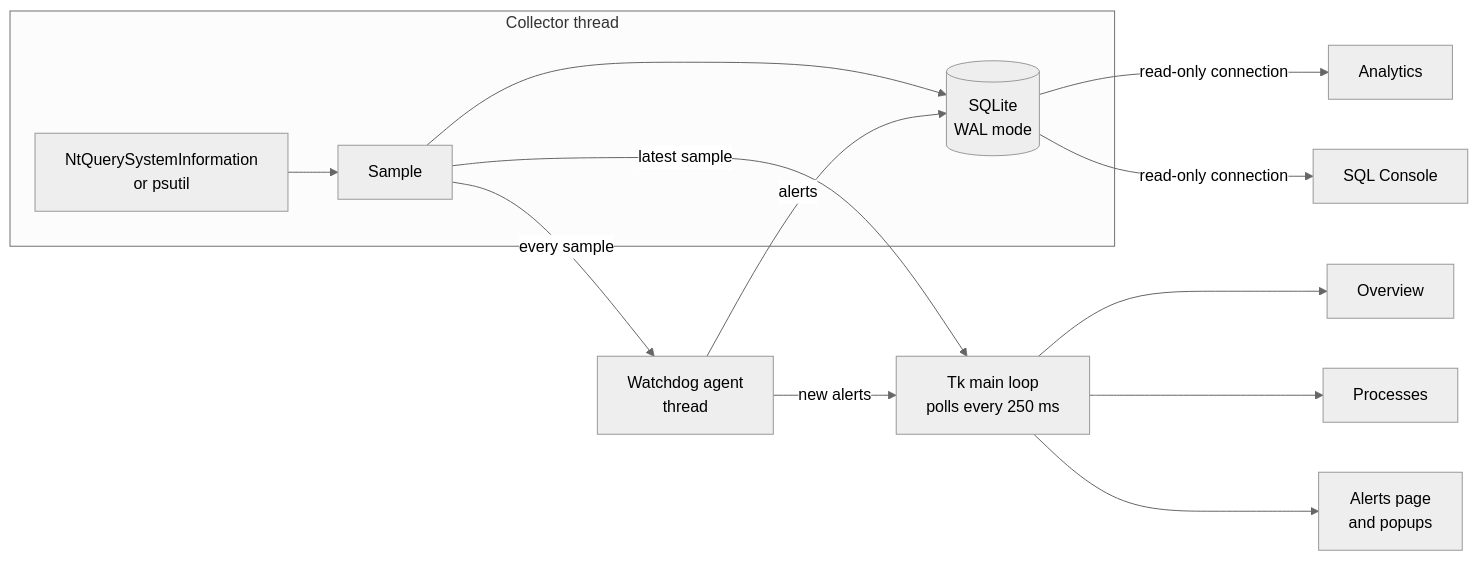
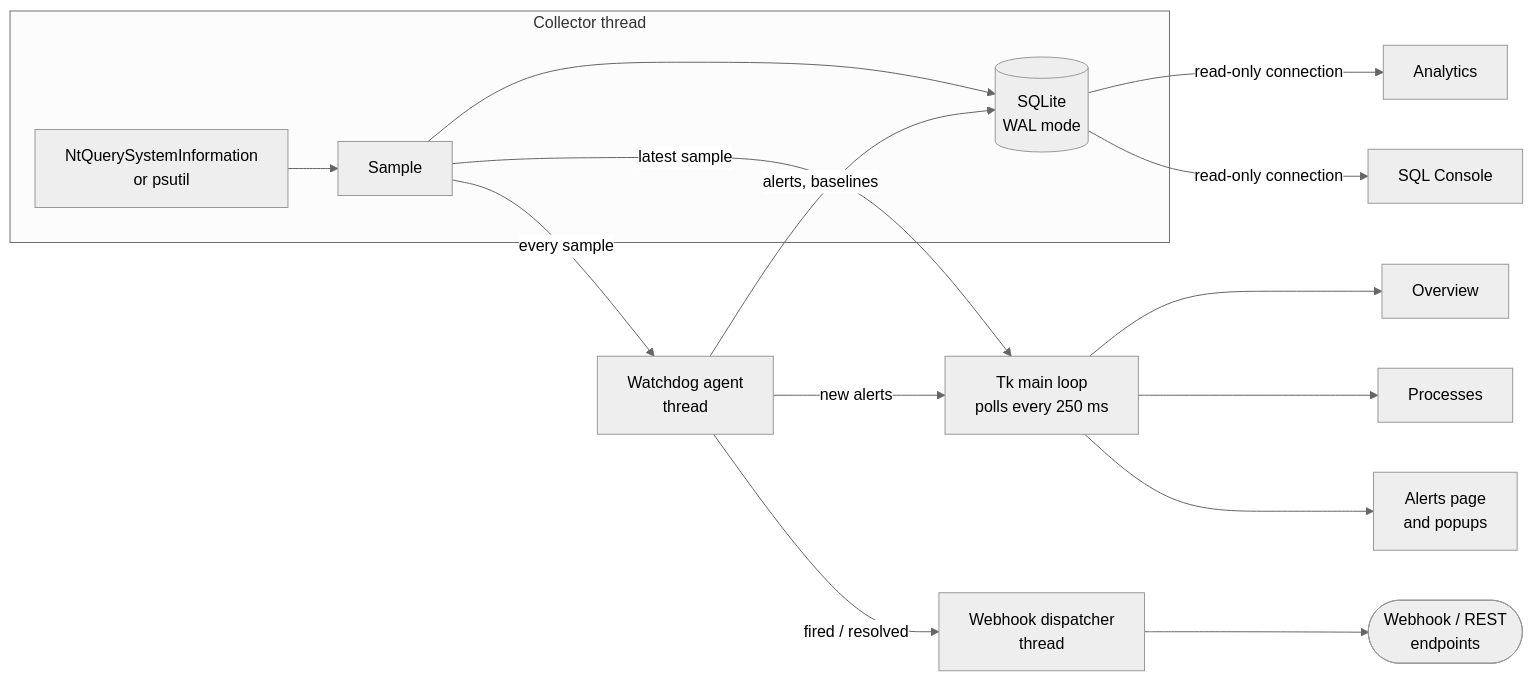
One commit to juanmiguelaasg/SystemProcessMonitor changed the first of 2 diagrams in README.md. Above: the diagram before and after it, drawn with Mermaid (neutral theme). The commit also changed other lines of this file and 2 other files, not shown here.

````diff
--- a/README.md
+++ b/README.md
@@ -256,16 +360,17 @@
 ```mermaid
 flowchart LR
     subgraph Collector thread
         A[NtQuerySystemInformation<br/>or psutil] --> B[Sample]
         B --> C[(SQLite<br/>WAL mode)]
     end
     B -- every sample --> W[Watchdog agent<br/>thread]
-    W -- alerts --> C
+    W -- alerts, baselines --> C
     W -- new alerts --> D
+    W -- fired / resolved --> X[Webhook dispatcher<br/>thread] --> Y([Webhook / REST<br/>endpoints])
     B -- latest sample --> D[Tk main loop<br/>polls every 250 ms]
     D --> E[Overview]
     D --> F[Processes]
     D --> P[Alerts page<br/>and popups]
     C -- read-only connection --> G[Analytics]
     C -- read-only connection --> H[SQL Console]
 ```
````
